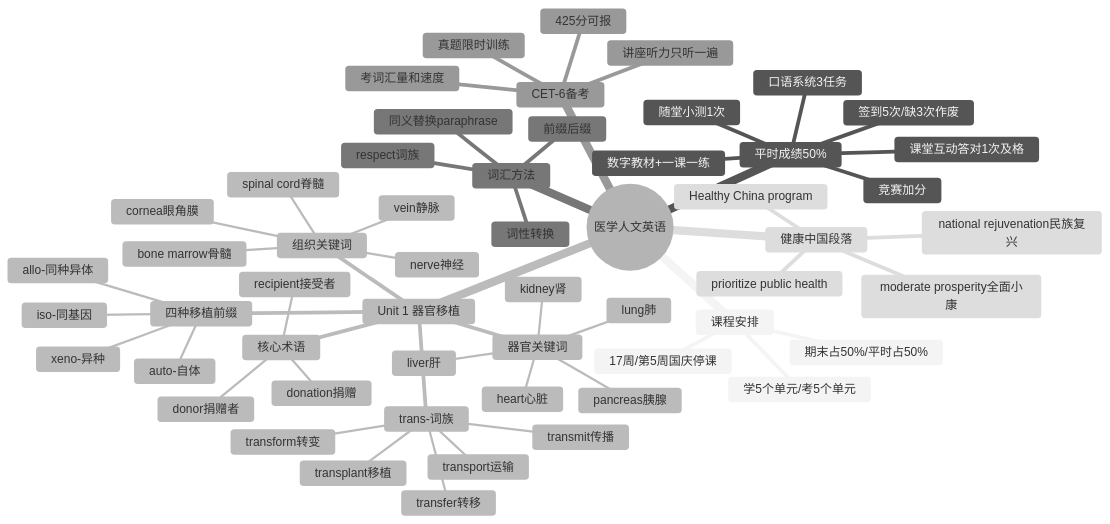
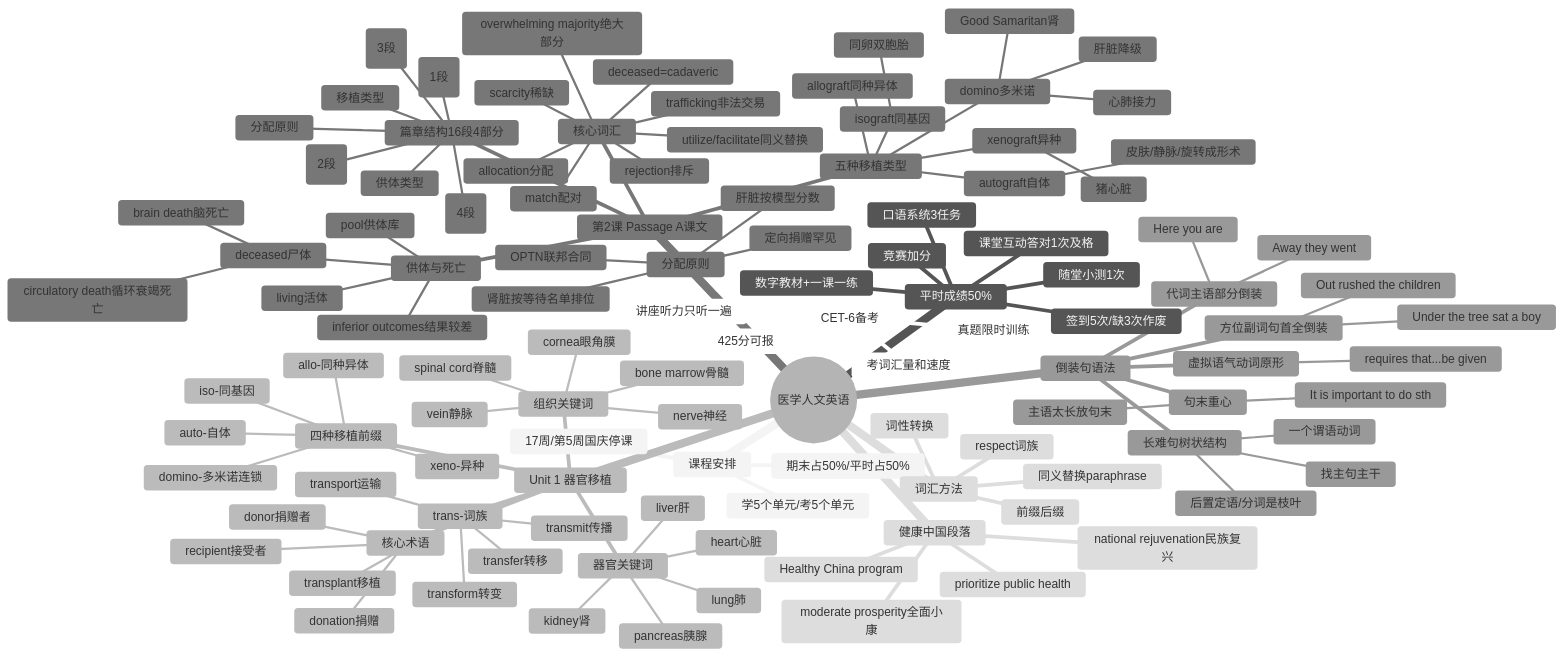
The diagram in 01_大学英语（医学人文英语）/知识框架与思维导图.md (braisvg/public-notes), drawn with Mermaid (neutral theme) before and after one commit. The commit also changed other lines of this file and 10 other files, not shown here.

Commit message:
同步：新增9/16生化第4课（酶催化特性与酶活性调控）+英语第2课（倒装句与器官移植课文），更新两科总览/思维导图/README/AGENTS/术语表

```diff
--- a/01_大学英语（医学人文英语）/知识框架与思维导图.md
+++ b/01_大学英语（医学人文英语）/知识框架与思维导图.md
@@ -46,6 +46,65 @@
         iso-同基因
         allo-同种异体
         xeno-异种
+        domino-多米诺连锁
+    第2课 Passage A课文
+      篇章结构16段4部分
+        定义(1段)
+        器官与组织(2段)
+        供体与伦理(3段)
+        减少排斥(4段)
+        移植类型
+        供体类型
+        分配原则
+      五种移植类型
+        autograft自体
+         皮肤/静脉/旋转成形术
+        allograft同种异体
+        isograft同基因
+         同卵双胞胎
+        xenograft异种
+         猪心脏
+        domino多米诺
+         心肺接力
+         肝脏降级
+         Good Samaritan肾
+      供体与死亡
+        living活体
+        deceased尸体
+          circulatory death循环衰竭死亡
+          brain death脑死亡
+        pool供体库
+        inferior outcomes结果较差
+      分配原则
+        OPTN联邦合同
+        肾脏按等待名单排位
+        肝脏按模型分数
+        定向捐赠罕见
+      核心词汇
+        allocation分配
+        rejection排斥
+        match配对
+        scarcity稀缺
+        trafficking非法交易
+        overwhelming majority绝大部分
+        deceased=cadaveric
+        utilize/facilitate同义替换
+    倒装句语法
+      句末重心
+        主语太长放句末
+        It is important to do sth
+      方位副词句首全倒装
+        Under the tree sat a boy
+        Out rushed the children
+      代词主语部分倒装
+        Here you are
+        Away they went
+      虚拟语气动词原形
+        requires that...be given
+      长难句树状结构
+        找主句主干
+        一个谓语动词
+        后置定语/分词是枝叶
     词汇方法
       前缀后缀
       词性转换
```
